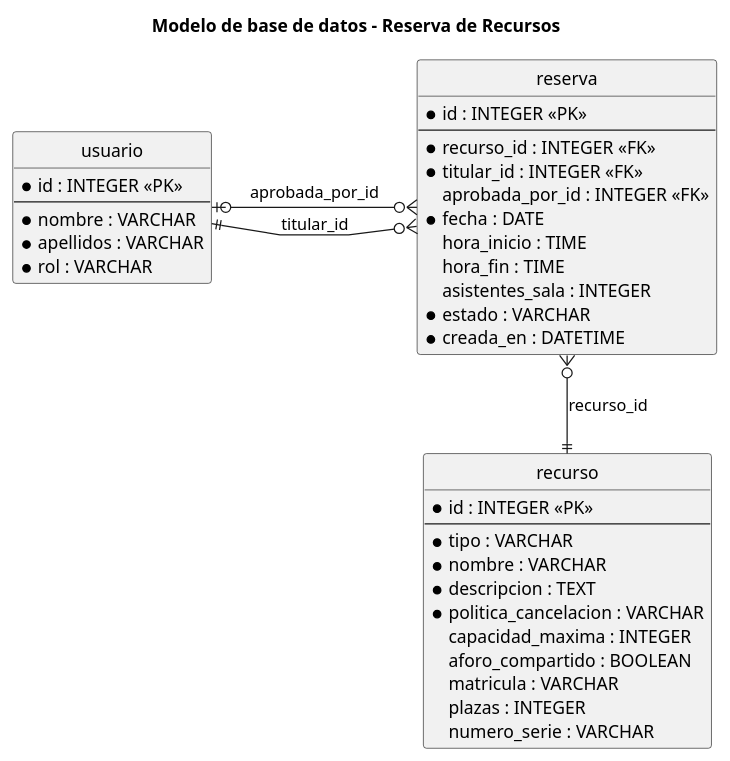
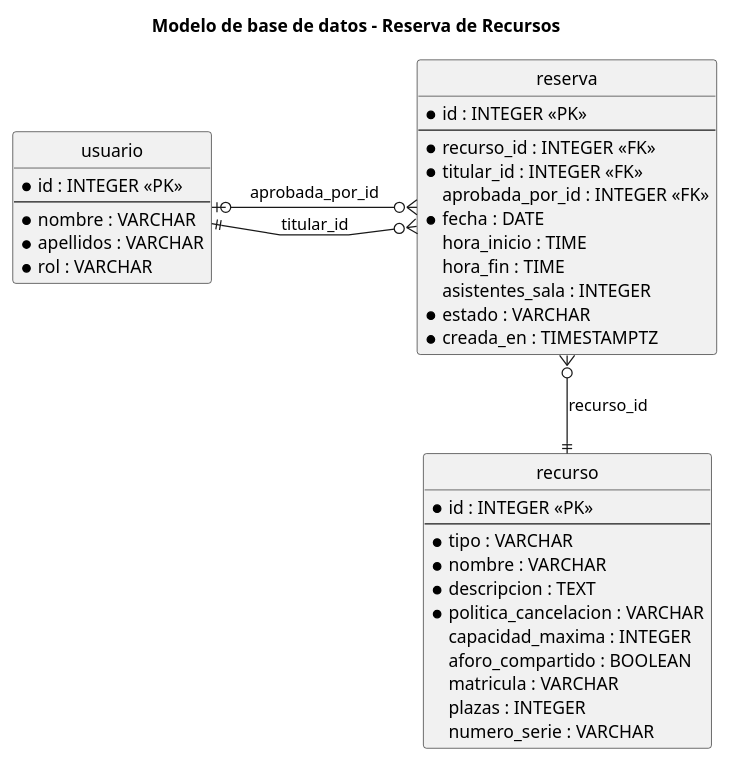
The diagram in docs/diagramas/modelo_bd.puml (QudeCode/prueba-raul-app2you), drawn with PlantUML before and after one commit. The commit also changed 11 other files, not shown here.

```diff
--- a/docs/diagramas/modelo_bd.puml
+++ b/docs/diagramas/modelo_bd.puml
@@ -1,49 +1,49 @@
 @startuml modelo_bd
 title Modelo de base de datos - Reserva de Recursos
 
 hide circle
 skinparam linetype polyline
 skinparam nodesep 60
 skinparam ranksep 60
 
 entity usuario {
   * id : INTEGER <<PK>>
   --
   * nombre : VARCHAR
   * apellidos : VARCHAR
   * rol : VARCHAR
 }
 
 entity recurso {
   * id : INTEGER <<PK>>
   --
   * tipo : VARCHAR
   * nombre : VARCHAR
   * descripcion : TEXT
   * politica_cancelacion : VARCHAR
   capacidad_maxima : INTEGER
   aforo_compartido : BOOLEAN
   matricula : VARCHAR
   plazas : INTEGER
   numero_serie : VARCHAR
 }
 
 entity reserva {
   * id : INTEGER <<PK>>
   --
   * recurso_id : INTEGER <<FK>>
   * titular_id : INTEGER <<FK>>
   aprobada_por_id : INTEGER <<FK>>
   * fecha : DATE
   hora_inicio : TIME
   hora_fin : TIME
   asistentes_sala : INTEGER
   * estado : VARCHAR
-  * creada_en : DATETIME
+  * creada_en : TIMESTAMPTZ
 }
 
 reserva }o-down-|| recurso : recurso_id
 reserva }o-left-|| usuario : titular_id
 reserva }o-left-o| usuario : aprobada_por_id
 
 @enduml
```
